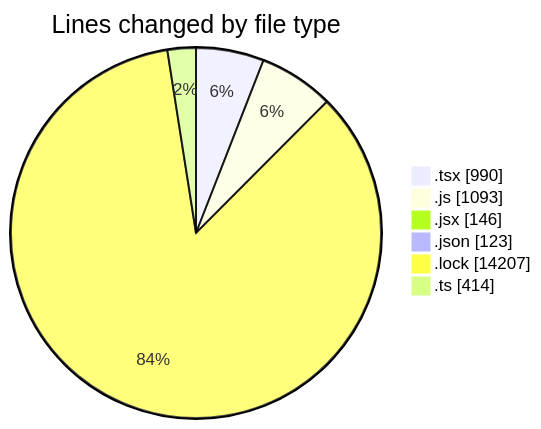
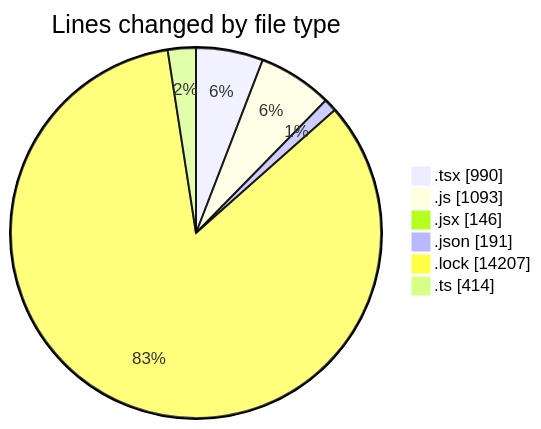
Before and after one commit to momahboobian/code-tracking: the first of 2 diagrams in 2025-05-08/cda/README.md, drawn with Mermaid. The commit also changed other lines of this file and 1 other file, not shown here.

````diff
--- a/2025-05-08/cda/README.md
+++ b/2025-05-08/cda/README.md
@@ -39,10 +40,10 @@
 ```mermaid
 pie showData
 title Lines changed by file type
 ".tsx" : 990
 ".js" : 1093
 ".jsx" : 146
-".json" : 123
+".json" : 191
 ".lock" : 14207
 ".ts" : 414
 ```
````
